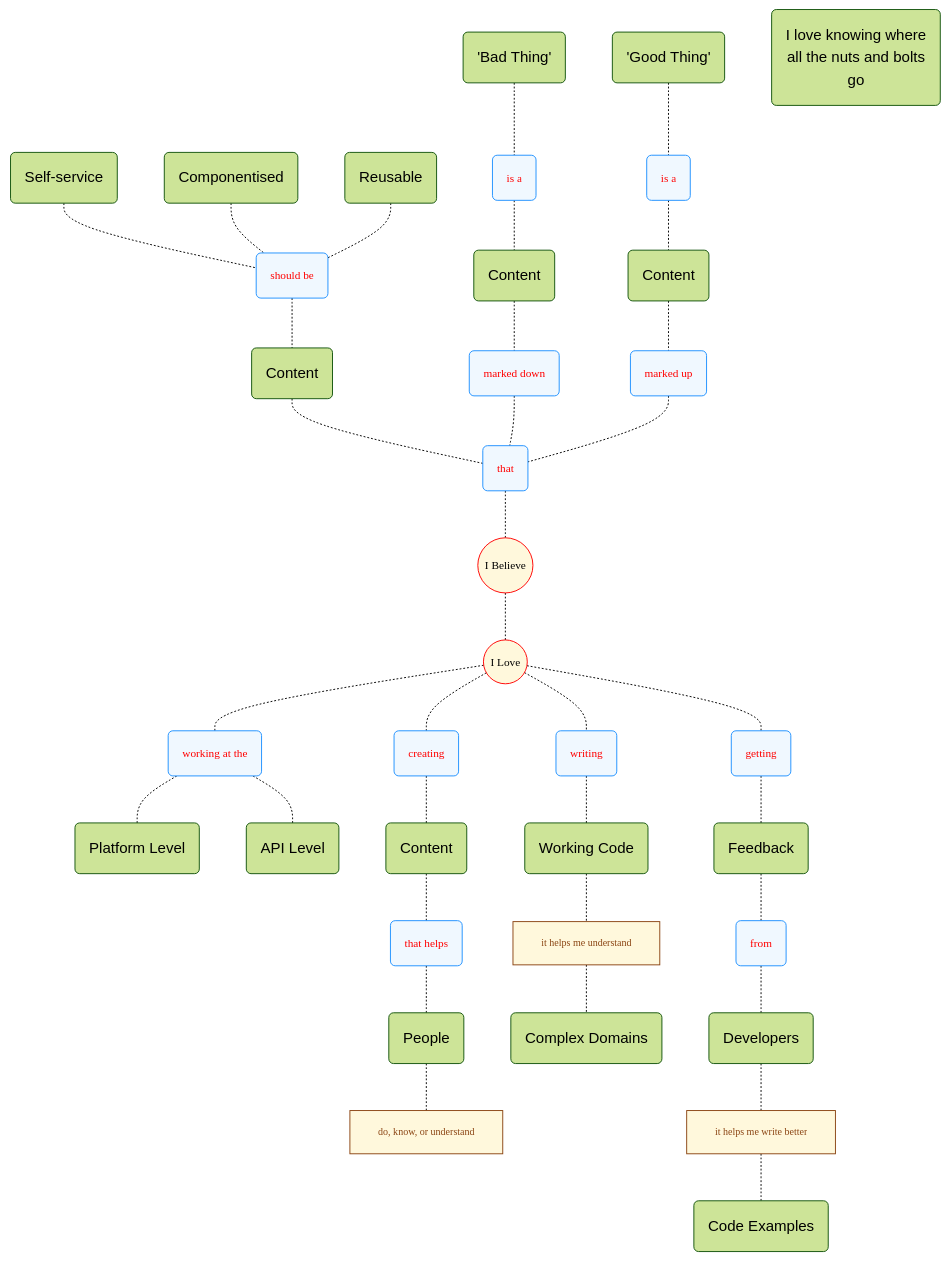
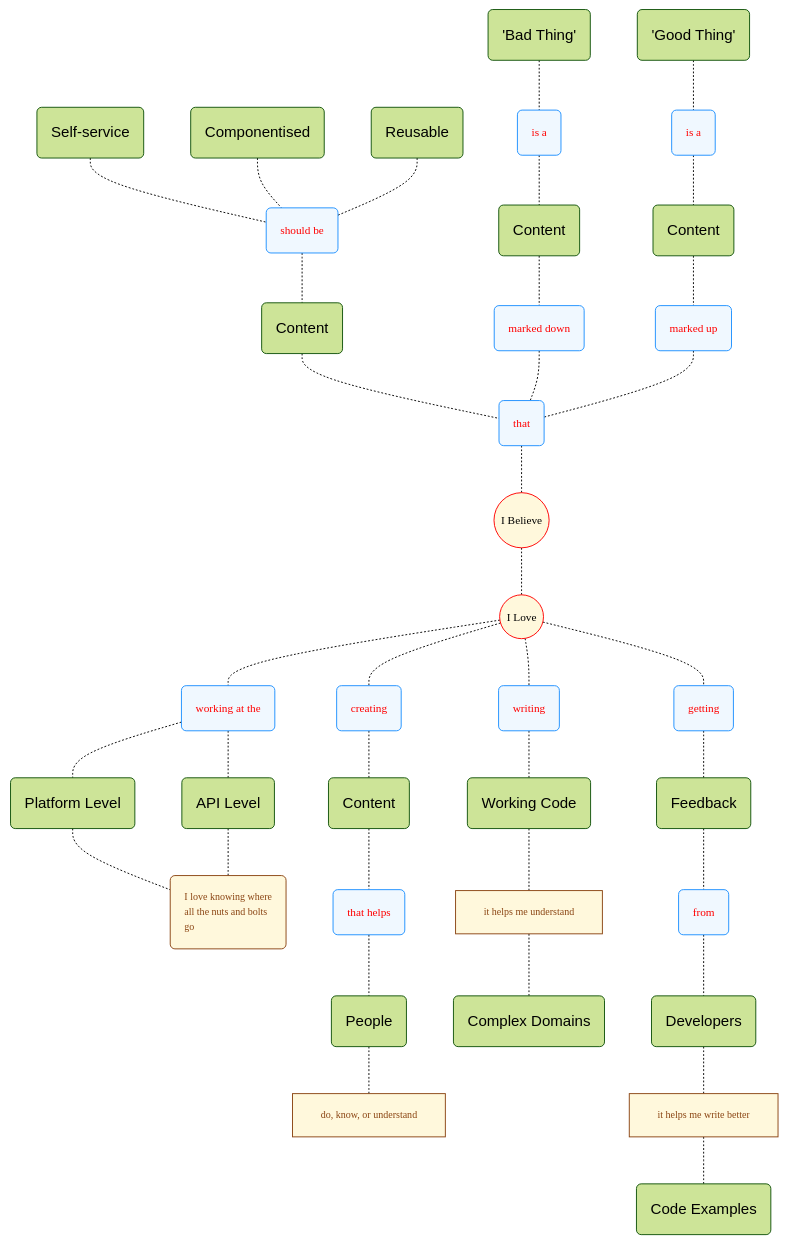
The first of 2 diagrams in my_mindmap_02.md (joe-dorward/samples), drawn with Mermaid before and after one commit.

```diff
--- a/my_mindmap_02.md
+++ b/my_mindmap_02.md
@@ -50,10 +50,11 @@
   LOVE_KNOWING_NUTS_AND_BOLTS("I love knowing where<br/>all the nuts and bolts<br/>go")
 
   class WORKING_AT_THE Verb;
+  class LOVE_KNOWING_NUTS_AND_BOLTS Note;
 
   I_LOVE-.-
-  WORKING_AT_THE-.-PLATFORM_LEVEL
-  WORKING_AT_THE-.-API_LEVEL
+  WORKING_AT_THE-.-PLATFORM_LEVEL-.-LOVE_KNOWING_NUTS_AND_BOLTS
+  WORKING_AT_THE-.-API_LEVEL-.-LOVE_KNOWING_NUTS_AND_BOLTS
   %% ---------- ---------- ---------- ---------- ----------
   CREATING("creating")
   CONTENT_4("Content")
```
